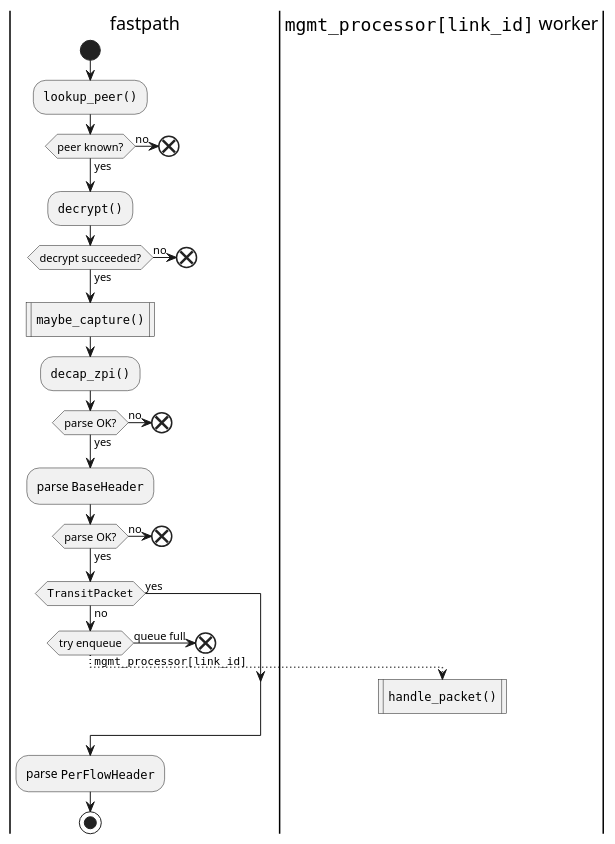
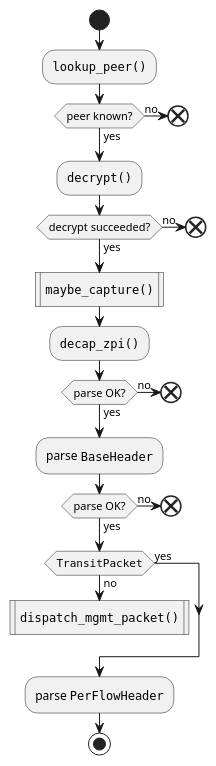
Before and after one commit to mkolehmainen/zl-zpr-core: the diagram in diagrams/substrate_ingress.puml, drawn with PlantUML.

Commit message:
update substrate_ingress diagram

```diff
--- a/diagrams/substrate_ingress.puml
+++ b/diagrams/substrate_ingress.puml
@@ -1,54 +1,47 @@
 @startuml
 
 |fastpath|
 
 start
 
 :""lookup_peer()"";
 
 if (peer known?) then (yes)
 else (no)
     end
 endif
 
 :""decrypt()"";
 
 if (decrypt succeeded?) then (yes)
 else (no)
     end
 endif
 
 :""maybe_capture()""; <<procedure>>
 
 :""decap_zpi()"";
 
 if (parse OK?) then (yes)
 else (no)
     end
 endif
 
 :parse ""BaseHeader"";
 
 if (parse OK?) then (yes)
 else (no)
     end
 endif
 
 if (""TransitPacket"") then (yes)
 else (no)
-    if (try enqueue) then (ok)
-        -[dotted]-> ""mgmt_processor[link_id]"";
-        |""mgmt_processor[link_id]"" worker|
-        :""handle_packet()""; <<procedure>>
-        detach
-    else (queue full)
-        |fastpath|
-        end
-    endif
+    :""dispatch_mgmt_packet()""; <<procedure>>
+    detach
 endif
 
 :parse ""PerFlowHeader"";
 
 stop
 
 @enduml
```
